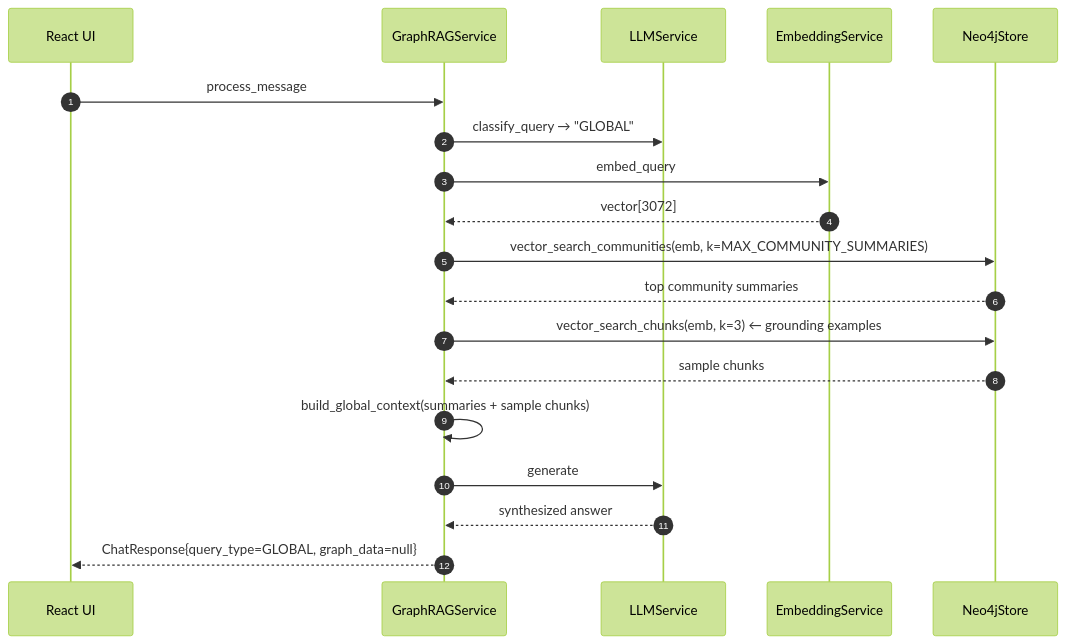
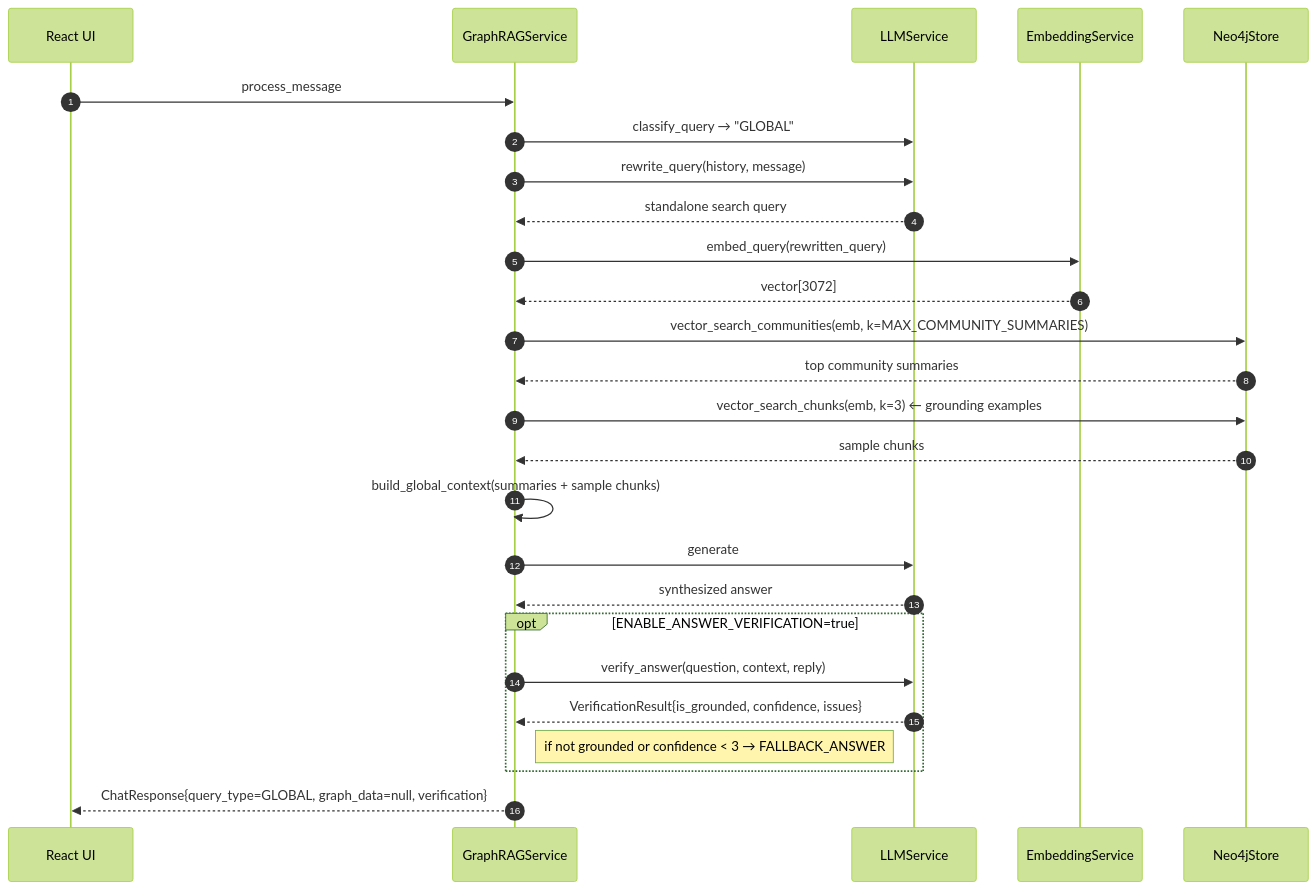
One commit to nguyenduy-math/agentichouse changed the ninth of 11 diagrams in rag-projects/graphrag-assistant/HLD.md. Above: the diagram before and after it, drawn with Mermaid (forest theme). The commit also changed other lines of this file and 22 other files, not shown here.

````diff
--- a/rag-projects/graphrag-assistant/HLD.md
+++ b/rag-projects/graphrag-assistant/HLD.md
@@ -388,24 +404,33 @@
 ```mermaid
 sequenceDiagram
     autonumber
     participant FE as React UI
     participant RAG as GraphRAGService
     participant LLM as LLMService
     participant Emb as EmbeddingService
     participant N4J as Neo4jStore
 
     FE->>RAG: process_message
     RAG->>LLM: classify_query → "GLOBAL"
-    RAG->>Emb: embed_query
+    RAG->>LLM: rewrite_query(history, message)
+    LLM-->>RAG: standalone search query
+    RAG->>Emb: embed_query(rewritten_query)
     Emb-->>RAG: vector[3072]
 
     RAG->>N4J: vector_search_communities(emb, k=MAX_COMMUNITY_SUMMARIES)
     N4J-->>RAG: top community summaries
     RAG->>N4J: vector_search_chunks(emb, k=3)  ← grounding examples
     N4J-->>RAG: sample chunks
 
     RAG->>RAG: build_global_context(summaries + sample chunks)
     RAG->>LLM: generate
     LLM-->>RAG: synthesized answer
-    RAG-->>FE: ChatResponse{query_type=GLOBAL, graph_data=null}
+
+    opt ENABLE_ANSWER_VERIFICATION=true
+        RAG->>LLM: verify_answer(question, context, reply)
+        LLM-->>RAG: VerificationResult{is_grounded, confidence, issues}
+        note right of RAG: if not grounded or confidence < 3 → FALLBACK_ANSWER
+    end
+
+    RAG-->>FE: ChatResponse{query_type=GLOBAL, graph_data=null, verification}
 ```
````
